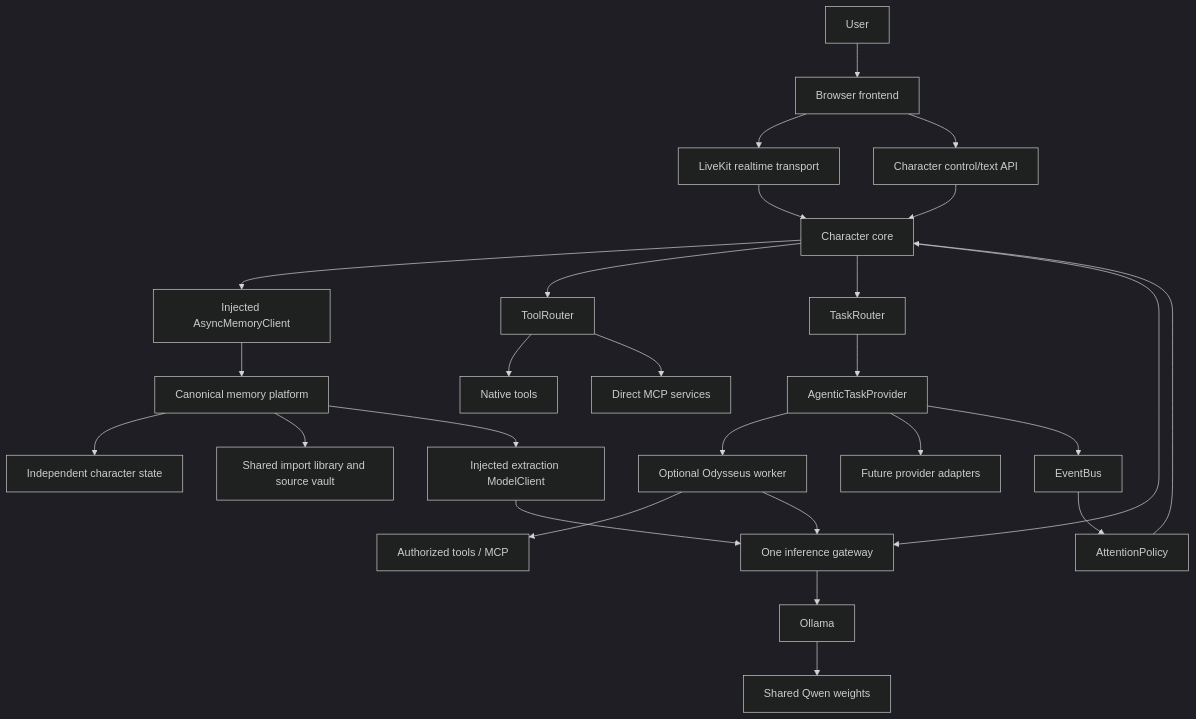
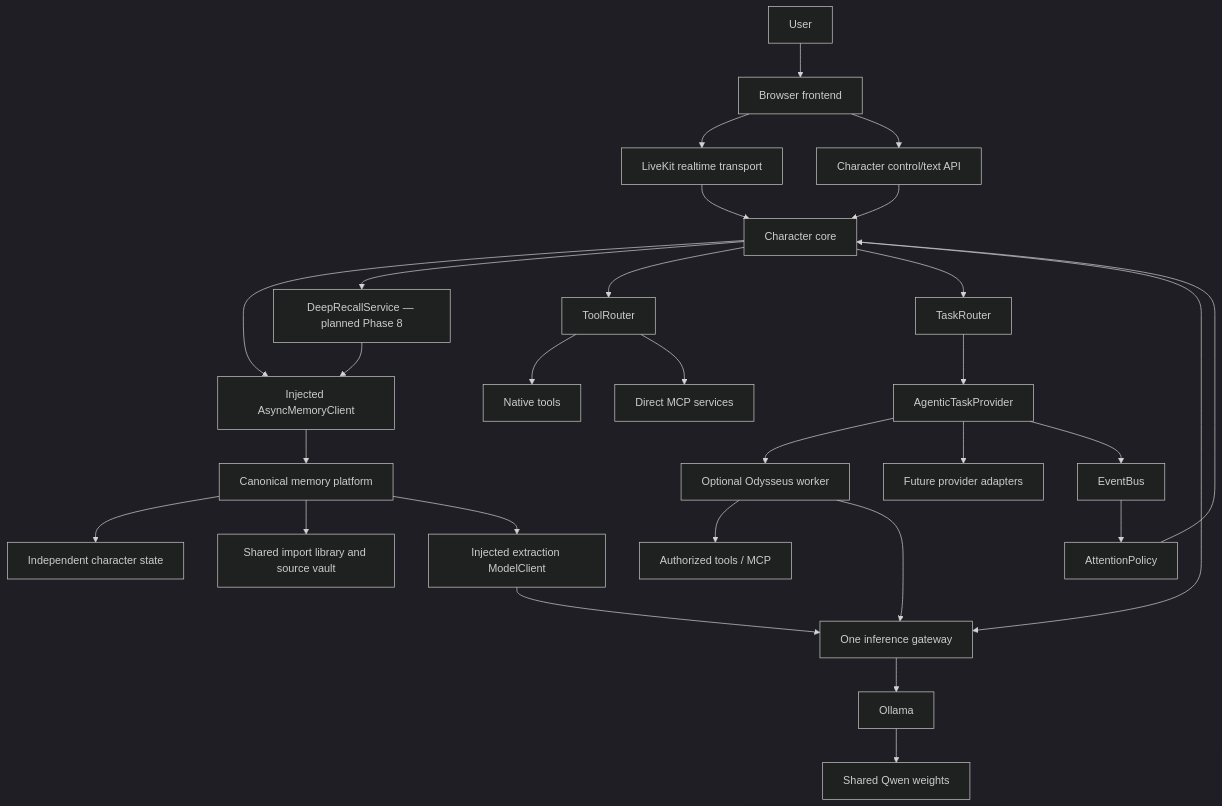
One commit to booinspace/ember changed the second of 4 diagrams in PLAN.md. Above: the diagram before and after it, drawn with Mermaid (dark theme). The commit also changed other lines of this file and 2 other files, not shown here.

Commit message:
Deep recall feature

````diff
--- a/PLAN.md
+++ b/PLAN.md
@@ -112,34 +112,36 @@
 ```mermaid
 flowchart TD
     User["User"] --> Browser["Browser frontend"]
     Browser --> LiveKit["LiveKit realtime transport"]
     Browser --> API["Character control/text API"]
     LiveKit --> Core["Character core"]
     API --> Core
 
     Core --> MemoryClient["Injected AsyncMemoryClient"]
+    Core --> DeepRecall["DeepRecallService — planned Phase 8"]
+    DeepRecall --> MemoryClient
     MemoryClient --> Memory["Canonical memory platform"]
     Memory --> Private["Independent character state"]
     Memory --> Library["Shared import library and source vault"]
 
     Core --> Tools["ToolRouter"]
     Tools --> Native["Native tools"]
     Tools --> MCP["Direct MCP services"]
 
     Core --> Tasks["TaskRouter"]
     Tasks --> Provider["AgenticTaskProvider"]
     Provider --> Odysseus["Optional Odysseus worker"]
     Provider --> Future["Future provider adapters"]
 
     Odysseus --> WorkerTools["Authorized tools / MCP"]
     Provider --> Events["EventBus"]
     Events --> Attention["AttentionPolicy"]
     Attention --> Core
 
     Core --> Gateway["One inference gateway"]
     Odysseus --> Gateway
     Memory --> ExtractionClient["Injected extraction ModelClient"]
     ExtractionClient --> Gateway
     Gateway --> Ollama["Ollama"]
     Ollama --> Qwen["Shared Qwen weights"]
 ```
````
